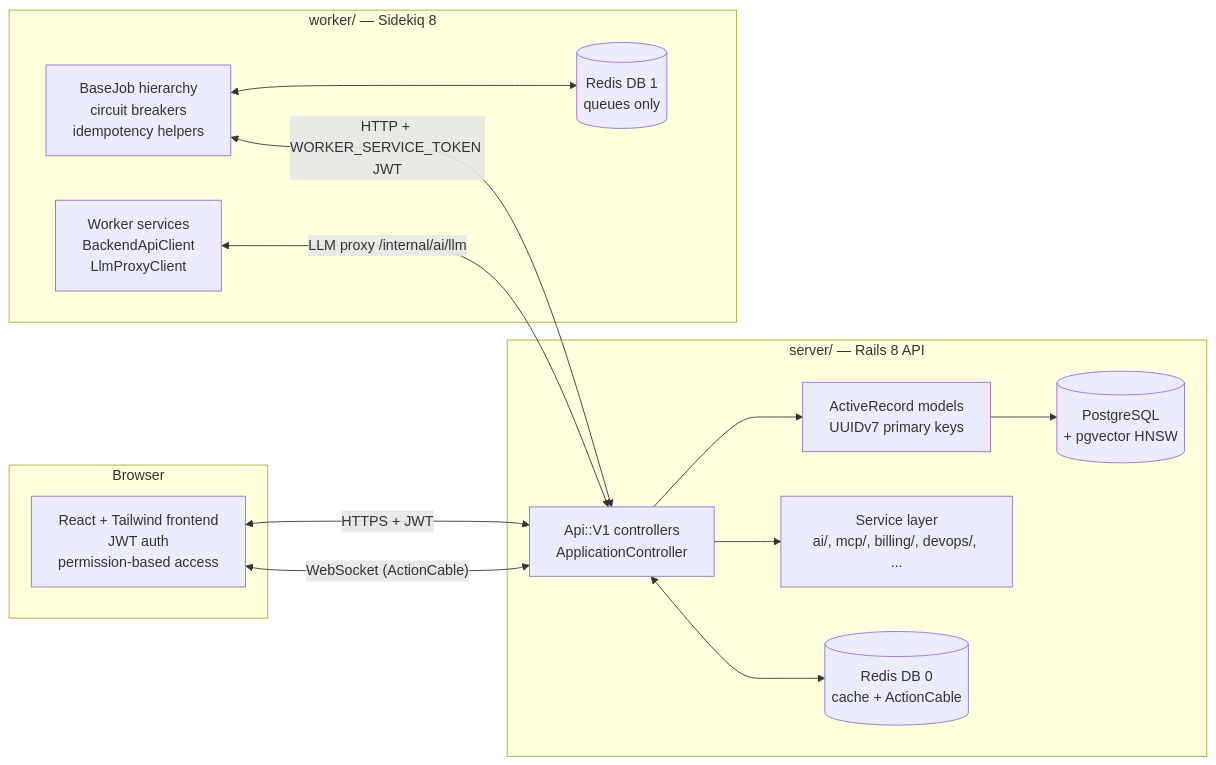
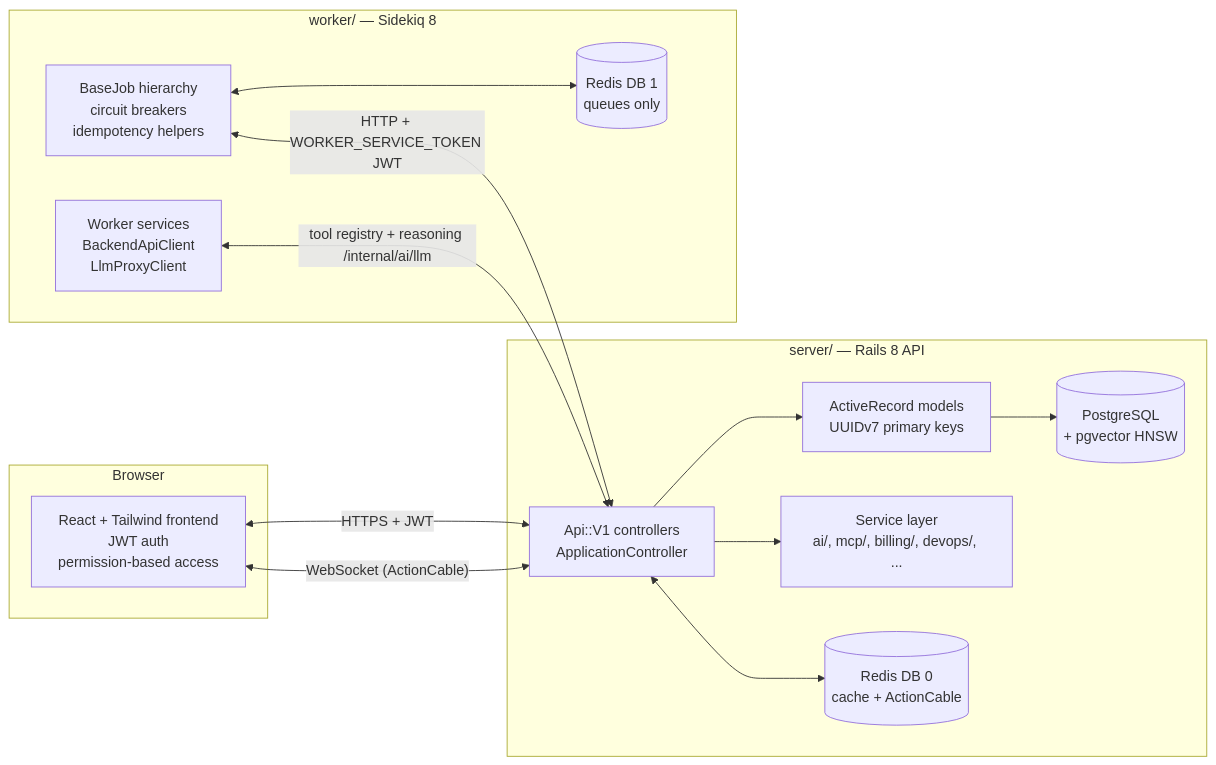
Before and after one commit to nodealchemy/powernode-platform: the first of 4 diagrams in docs/concepts/architecture.md, drawn with Mermaid. The commit also changed other lines of this file and 6 other files, not shown here.

````diff
--- a/docs/concepts/architecture.md
+++ b/docs/concepts/architecture.md
@@ -31,29 +31,29 @@
 ```mermaid
 flowchart LR
     subgraph User["Browser"]
         UI[React + Tailwind frontend<br/>JWT auth<br/>permission-based access]
     end
 
     subgraph Server["server/ — Rails 8 API"]
         API[Api::V1 controllers<br/>ApplicationController]
         Models[ActiveRecord models<br/>UUIDv7 primary keys]
         Services[Service layer<br/>ai/, mcp/, billing/, devops/, ...]
         DB[(PostgreSQL<br/>+ pgvector HNSW)]
         Redis0[(Redis DB 0<br/>cache + ActionCable)]
     end
 
     subgraph Worker["worker/ — Sidekiq 8"]
         BaseJob[BaseJob hierarchy<br/>circuit breakers<br/>idempotency helpers]
         WorkerSvc[Worker services<br/>BackendApiClient<br/>LlmProxyClient]
         Redis1[(Redis DB 1<br/>queues only)]
     end
 
     UI <-- "HTTPS + JWT" --> API
     UI <-- "WebSocket (ActionCable)" --> API
     API --> Models --> DB
     API --> Services
     API <--> Redis0
     BaseJob <-- "HTTP + WORKER_SERVICE_TOKEN JWT" --> API
-    WorkerSvc <-- "LLM proxy /internal/ai/llm" --> API
+    WorkerSvc <-- "tool registry + reasoning /internal/ai/llm" --> API
     BaseJob <--> Redis1
 ```
````
